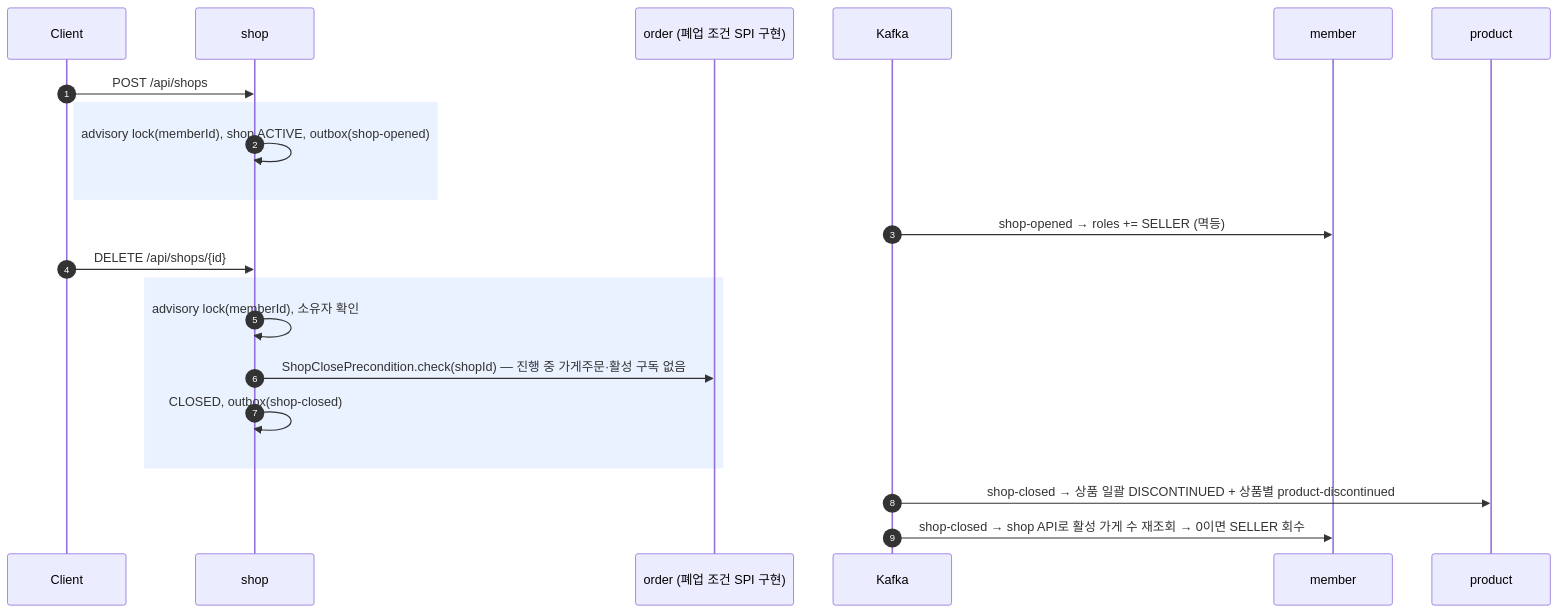
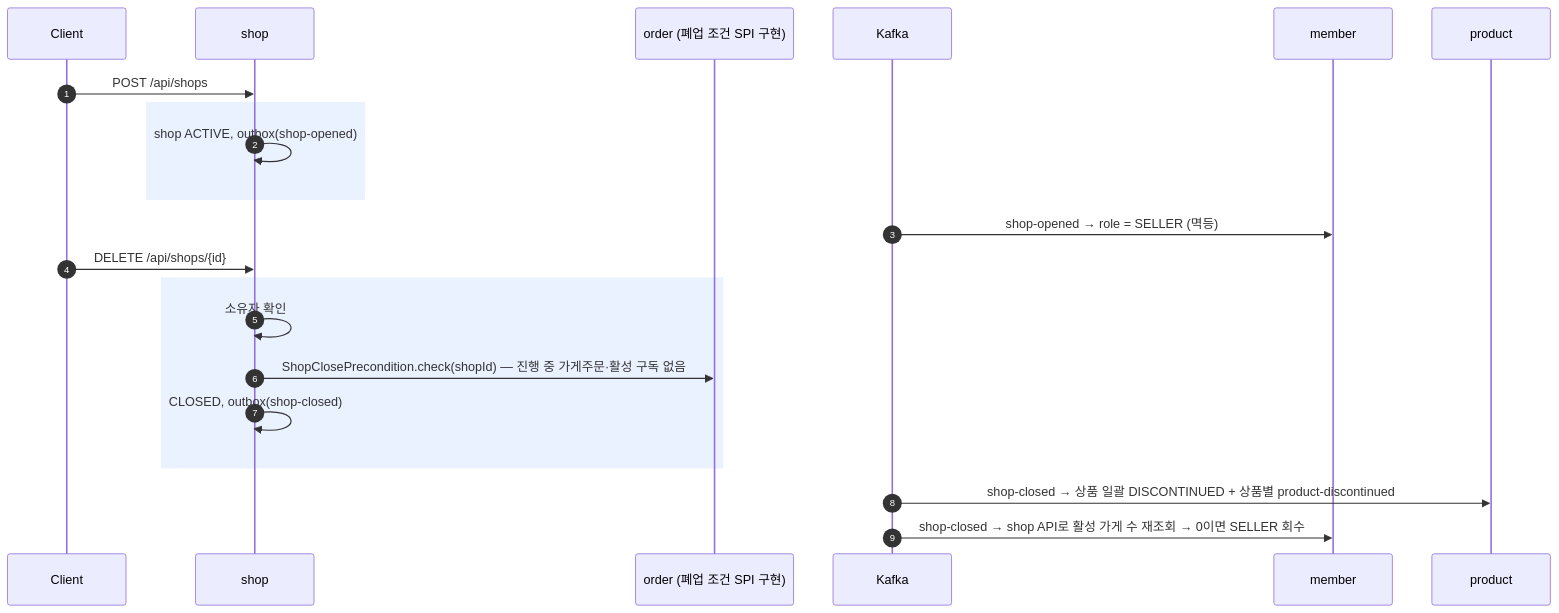
One commit to 95twan/myroutine-v2 changed the eighth of 10 diagrams in docs/02-design/06-sequences.md. Above: the diagram before and after it, drawn with Mermaid. The commit also changed other lines of this file and 27 other files, not shown here.

````diff
--- a/docs/02-design/06-sequences.md
+++ b/docs/02-design/06-sequences.md
@@ -226,24 +215,24 @@
 ```mermaid
 sequenceDiagram
   autonumber
   participant C as Client
   participant SH as shop
   participant O as order (폐업 조건 SPI 구현)
   participant K as Kafka
   participant M as member
   participant PR as product
   C->>SH: POST /api/shops
   rect rgba(80,140,255,0.12)
-    SH->>SH: advisory lock(memberId), shop ACTIVE, outbox(shop-opened)
+    SH->>SH: shop ACTIVE, outbox(shop-opened)
   end
-  K->>M: shop-opened → roles += SELLER (멱등)
+  K->>M: shop-opened → role = SELLER (멱등)
 
   C->>SH: DELETE /api/shops/{id}
   rect rgba(80,140,255,0.12)
-    SH->>SH: advisory lock(memberId), 소유자 확인
+    SH->>SH: 소유자 확인
     SH->>O: ShopClosePrecondition.check(shopId) — 진행 중 가게주문·활성 구독 없음
     SH->>SH: CLOSED, outbox(shop-closed)
   end
   K->>PR: shop-closed → 상품 일괄 DISCONTINUED + 상품별 product-discontinued
   K->>M: shop-closed → shop API로 활성 가게 수 재조회 → 0이면 SELLER 회수
 ```
````
